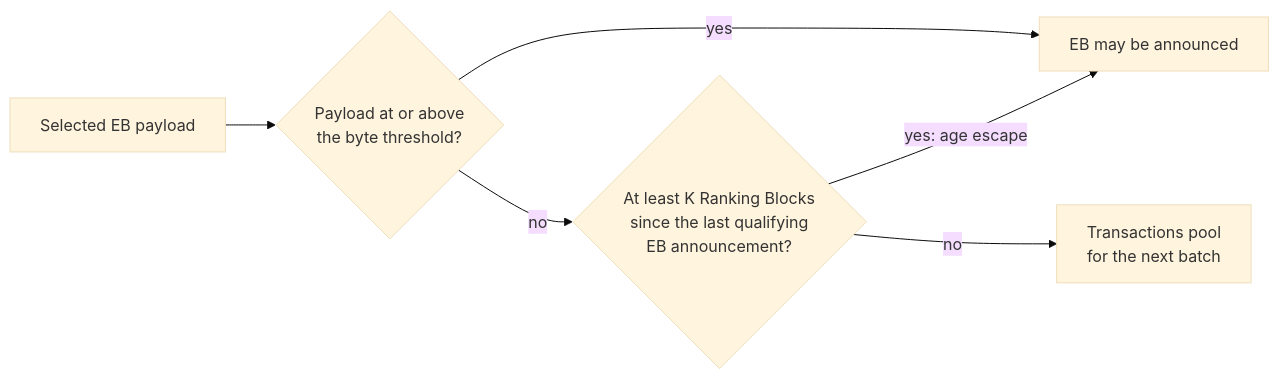
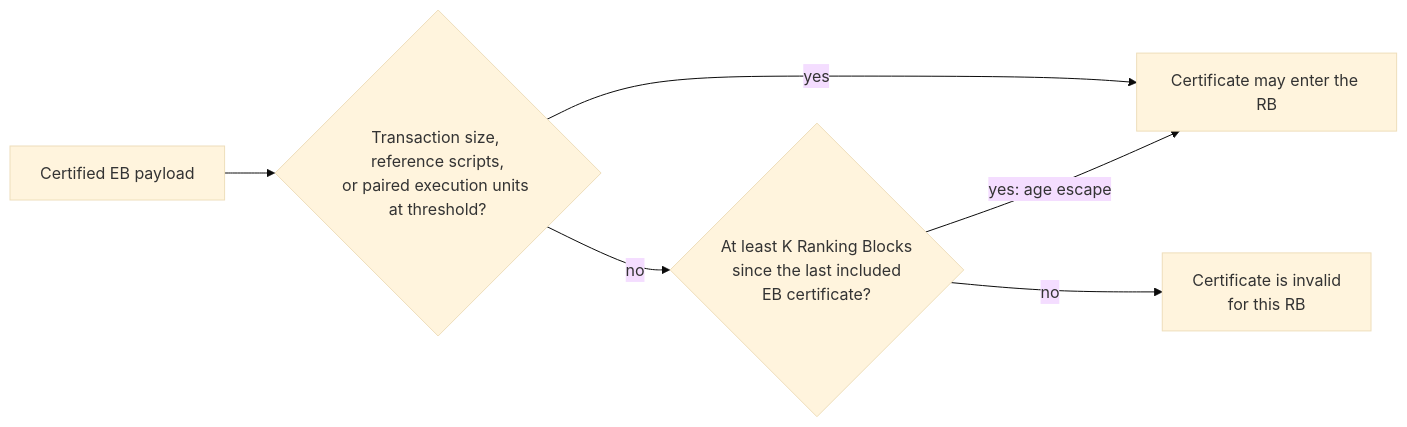
One commit to input-output-hk/tiered-pricing changed the fourth of 4 diagrams in docs/phase-2/CIP-urgency-signalling/README.md. Above: the diagram before and after it, drawn with Mermaid (base theme). The commit also changed other lines of this file, not shown here.

````diff
--- a/docs/phase-2/CIP-urgency-signalling/README.md
+++ b/docs/phase-2/CIP-urgency-signalling/README.md
@@ -524,8 +546,8 @@
 ```mermaid
 flowchart LR
-    P["Selected EB payload"] --> T1{"Payload at or above<br/>the byte threshold?"}
-    T1 -- "yes" --> A["EB may be announced"]
-    T1 -- "no" --> T2{"At least K Ranking Blocks<br/>since the last qualifying<br/>EB announcement?"}
+    P["Certified EB payload"] --> T1{"Transaction size, reference scripts,<br/>or paired execution units at threshold?"}
+    T1 -- "yes" --> A["Certificate may enter the RB"]
+    T1 -- "no" --> T2{"At least K Ranking Blocks<br/>since the last included<br/>EB certificate?"}
     T2 -- "yes: age escape" --> A
-    T2 -- "no" --> W["Transactions pool<br/>for the next batch"]
+    T2 -- "no" --> W["Certificate is invalid<br/>for this RB"]
 ```
````
